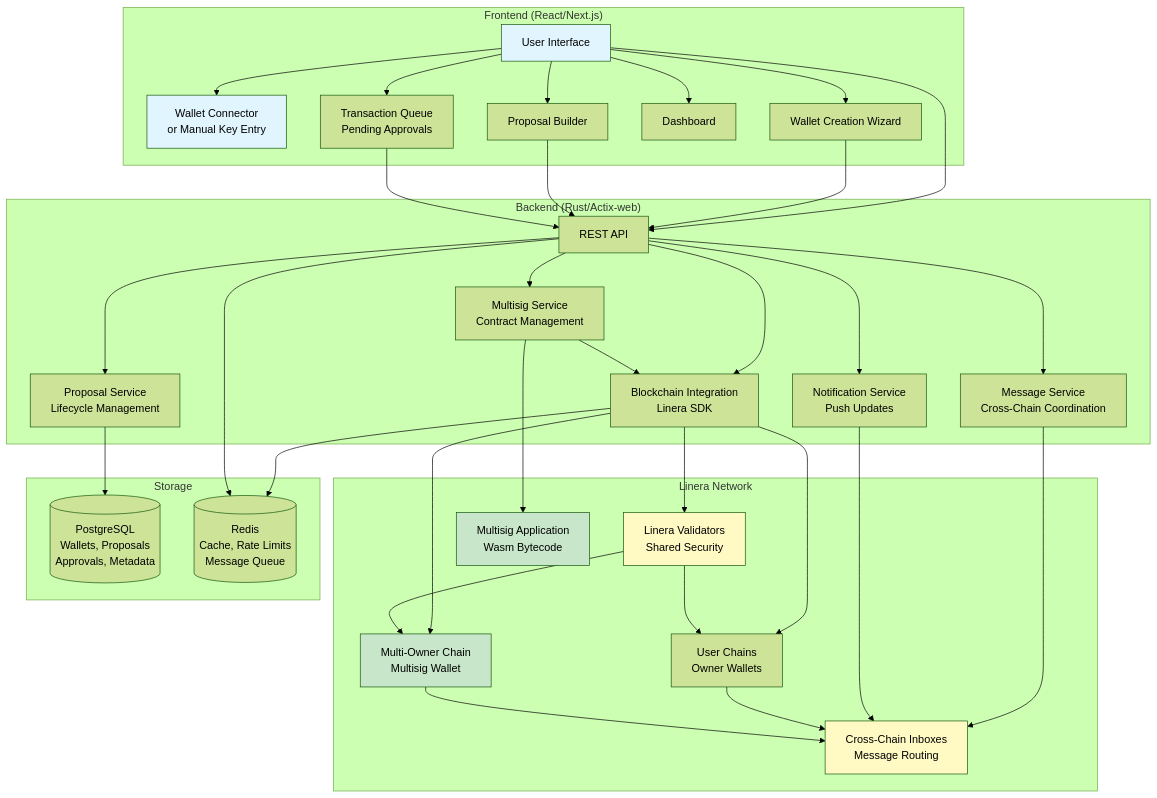
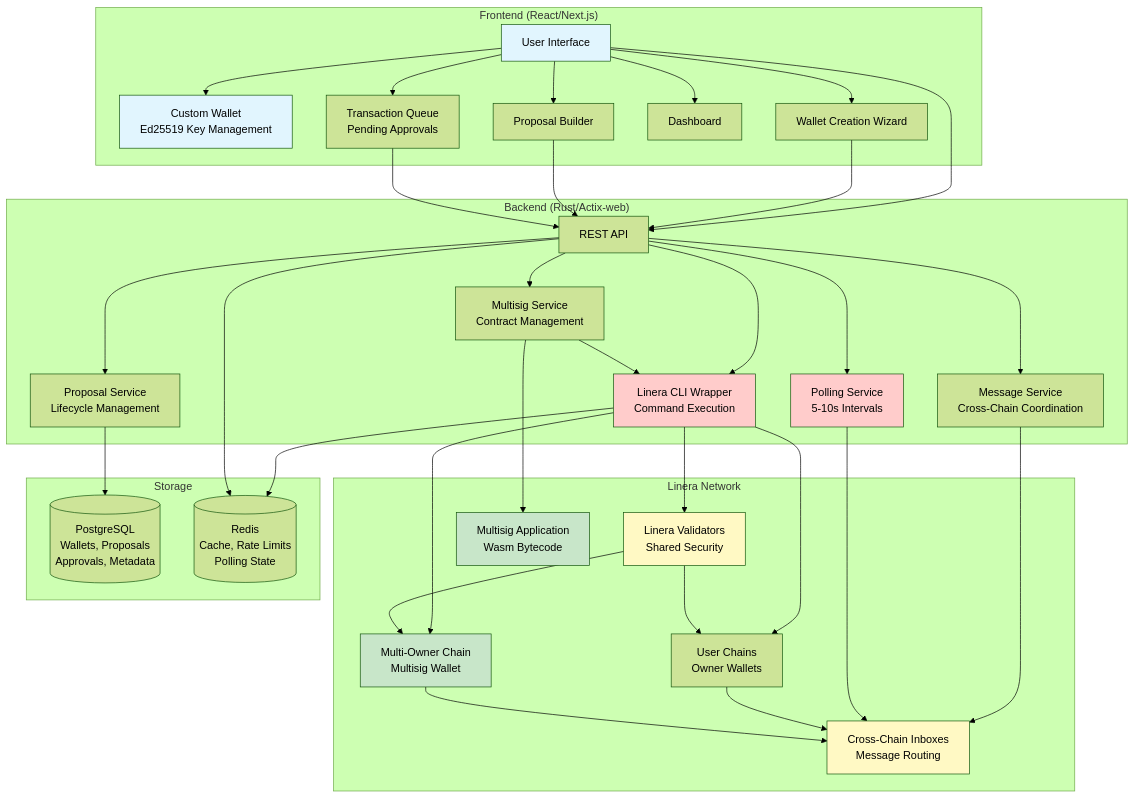
Before and after one commit to keyper-labs/linera.dev: the first of 3 diagrams in docs/PROPOSAL/linera-multisig-platform-proposal.md, drawn with Mermaid (forest theme). The commit also changed other lines of this file and 1 other file, not shown here.

First line of the commit message:
docs: critical architecture and timeline corrections based on parallel audit

````diff
--- a/docs/PROPOSAL/linera-multisig-platform-proposal.md
+++ b/docs/PROPOSAL/linera-multisig-platform-proposal.md
@@ -211,73 +212,75 @@
 ```mermaid
 graph TB
     subgraph "Frontend (React/Next.js)"
         UI[User Interface]
-        Wallet[Wallet Connector<br/>or Manual Key Entry]
+        Wallet[Custom Wallet<br/>Ed25519 Key Management]
         Wizard[Wallet Creation Wizard]
         Proposal[Proposal Builder]
         Dashboard[Dashboard]
         Queue[Transaction Queue<br/>Pending Approvals]
     end
 
     subgraph "Backend (Rust/Actix-web)"
         API[REST API]
         MultisigSvc[Multisig Service<br/>Contract Management]
         ProposalSvc[Proposal Service<br/>Lifecycle Management]
-        BlockchainSvc[Blockchain Integration<br/>Linera SDK]
+        BlockchainSvc[Linera CLI Wrapper<br/>Command Execution]
         MessageSvc[Message Service<br/>Cross-Chain Coordination]
-        NotificationSvc[Notification Service<br/>Push Updates]
+        PollingSvc[Polling Service<br/>5-10s Intervals]
     end
 
     subgraph "Linera Network"
         Validators[Linera Validators<br/>Shared Security]
         UserChains[User Chains<br/>Owner Wallets]
         MultiChain[Multi-Owner Chain<br/>Multisig Wallet]
         Contract[Multisig Application<br/>Wasm Bytecode]
         Inboxes[Cross-Chain Inboxes<br/>Message Routing]
     end
 
     subgraph "Storage"
         Postgres[(PostgreSQL<br/>Wallets, Proposals<br/>Approvals, Metadata)]
-        Redis[(Redis<br/>Cache, Rate Limits<br/>Message Queue)]
+        Redis[(Redis<br/>Cache, Rate Limits<br/>Polling State)]
     end
 
     UI --> Wallet
     UI --> Wizard
     UI --> Proposal
     UI --> Dashboard
     UI --> Queue
     UI --> API
     Wizard --> API
     Proposal --> API
     Queue --> API
 
     API --> MultisigSvc
     API --> ProposalSvc
     API --> BlockchainSvc
     API --> MessageSvc
-    API --> NotificationSvc
+    API --> PollingSvc
 
     MultisigSvc --> BlockchainSvc
     ProposalSvc --> Postgres
     MessageSvc --> Inboxes
-    NotificationSvc --> Inboxes
+    PollingSvc --> Inboxes
 
     BlockchainSvc --> Validators
     BlockchainSvc --> UserChains
     BlockchainSvc --> MultiChain
     MultisigSvc --> Contract
 
     Validators --> UserChains
     Validators --> MultiChain
     UserChains --> Inboxes
     MultiChain --> Inboxes
     BlockchainSvc --> Redis
     API --> Redis
 
     style UI fill:#e1f5fe
     style Wallet fill:#e1f5fe
+    style BlockchainSvc fill:#ffcccb
+    style PollingSvc fill:#ffcccb
     style MultiChain fill:#c8e6c9
     style Contract fill:#c8e6c9
     style Inboxes fill:#fff9c4
     style Validators fill:#fff9c4
 ```
````
